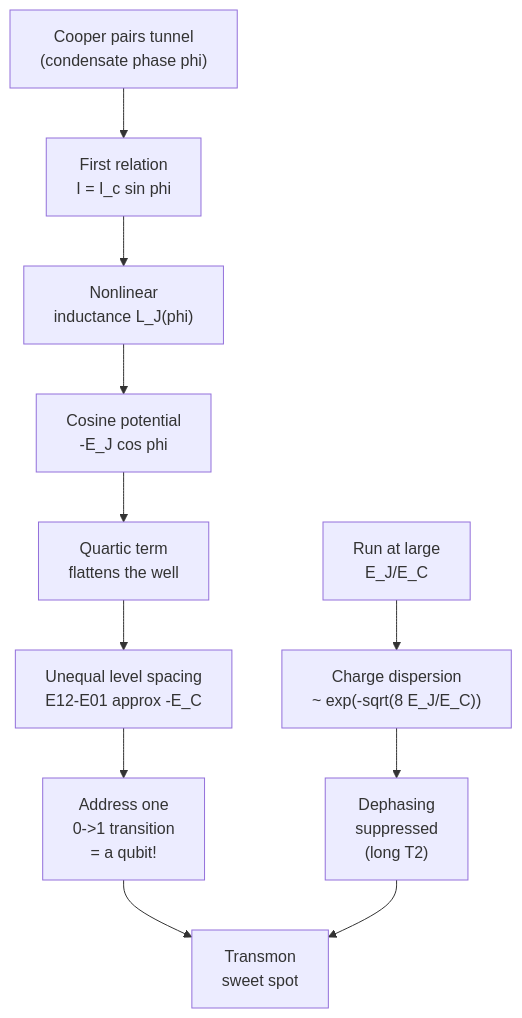
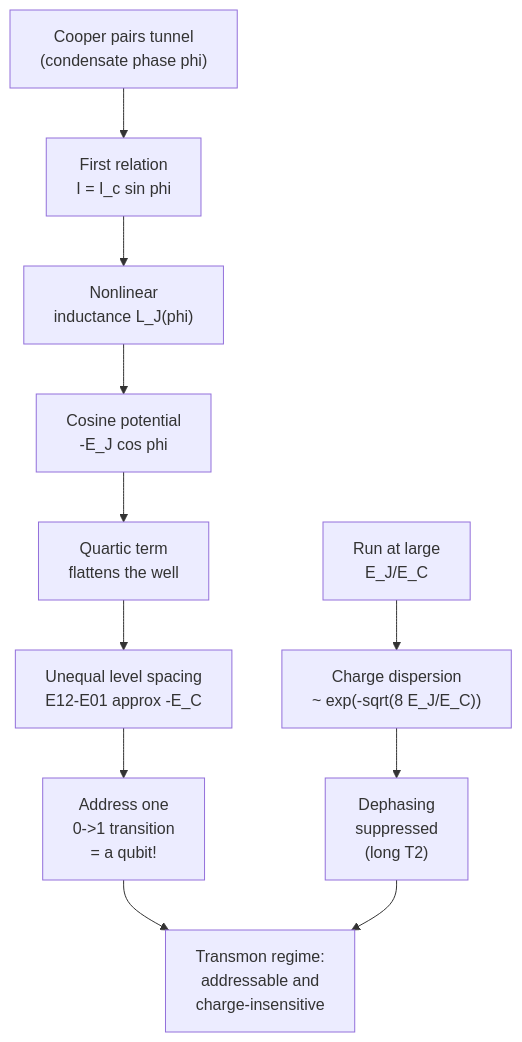
The diagram in tutorial/03-josephson-junction.md (Iamsohungrynow/superconducting-qubits-journey), drawn with Mermaid before and after one commit. The commit also changed other lines of this file and 11 other files, not shown here.

First line of the commit message:
Chapters: replace ASCII sketches with diagrams; physics and prose fixes

````diff
--- a/tutorial/03-josephson-junction.md
+++ b/tutorial/03-josephson-junction.md
@@ -13,13 +17,13 @@
 ```mermaid
 flowchart TD
     A["Cooper pairs tunnel<br/>(condensate phase phi)"] --> B["First relation<br/>I = I_c sin phi"]
     B --> C["Nonlinear<br/>inductance L_J(phi)"]
     C --> D["Cosine potential<br/>-E_J cos phi"]
     D --> E["Quartic term<br/>flattens the well"]
     E --> F["Unequal level spacing<br/>E12-E01 approx -E_C"]
     F --> G["Address one<br/>0->1 transition<br/>= a qubit!"]
     H["Run at large<br/>E_J/E_C"] --> I["Charge dispersion<br/>~ exp(-sqrt(8 E_J/E_C))"]
     I --> J["Dephasing<br/>suppressed<br/>(long T2)"]
-    G --> K["Transmon<br/>sweet spot"]
+    G --> K["Transmon regime:<br/>addressable and<br/>charge-insensitive"]
     J --> K
 ```
````
